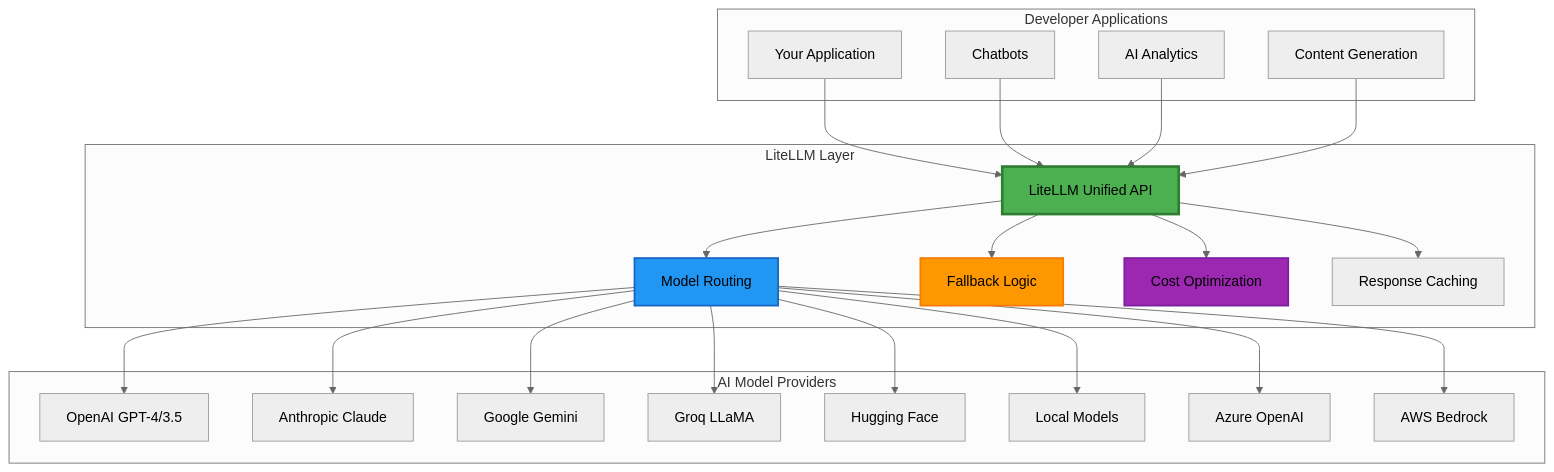
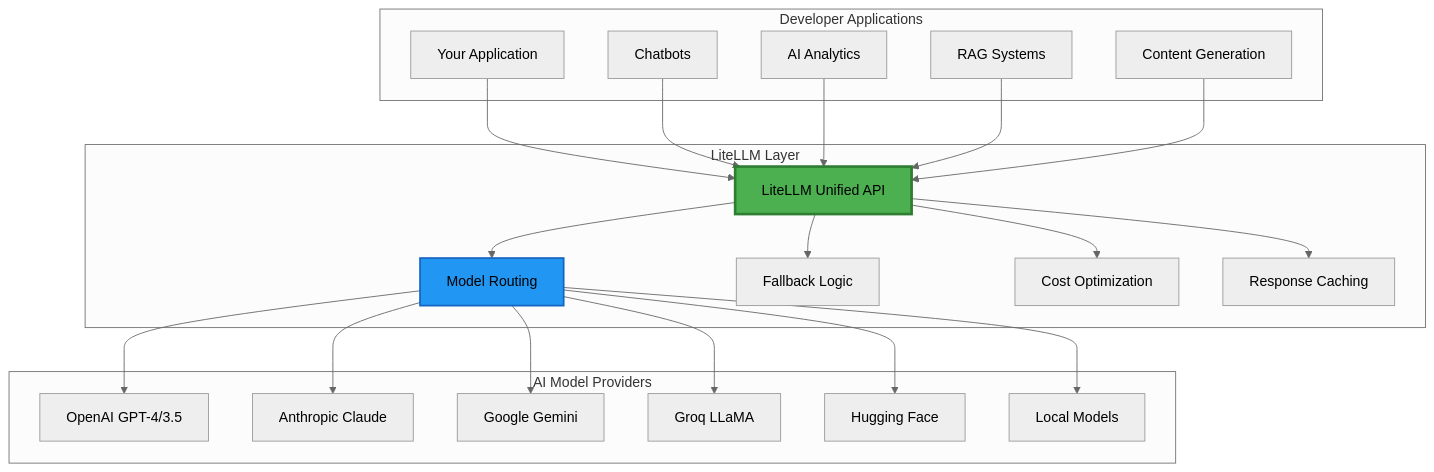
The first of 8 diagrams in README.MD (dhruvsh1997/LiteLLM-Experiments), drawn with Mermaid (neutral theme) before and after one commit. The commit also changed other lines of this file, not shown here.

````diff
--- a/README.MD
+++ b/README.MD
@@ -47,52 +47,48 @@
 ```mermaid
 graph TB
     subgraph "Developer Applications"
         A[Your Application]
         B[Chatbots]
         C[AI Analytics]
-        D[Content Generation]
+        D[RAG Systems]
+        E[Content Generation]
     end
     
     subgraph "LiteLLM Layer"
-        E[LiteLLM Unified API]
-        F[Model Routing]
-        G[Fallback Logic]
-        H[Cost Optimization]
-        I[Response Caching]
+        F[LiteLLM Unified API]
+        G[Model Routing]
+        H[Fallback Logic]
+        I[Cost Optimization]
+        J[Response Caching]
     end
     
     subgraph "AI Model Providers"
-        J[OpenAI GPT-4/3.5]
-        K[Anthropic Claude]
-        L[Google Gemini]
-        M[Groq LLaMA]
-        N[Hugging Face]
-        O[Local Models]
-        P[Azure OpenAI]
-        Q[AWS Bedrock]
+        K[OpenAI GPT-4/3.5]
+        L[Anthropic Claude]
+        M[Google Gemini]
+        N[Groq LLaMA]
+        O[Hugging Face]
+        P[Local Models]
     end
     
-    A --> E
-    B --> E
-    C --> E
-    D --> E
+    A --> F
+    B --> F
+    C --> F
+    D --> F
+    E --> F
     
-    E --> F
-    E --> G
-    E --> H
-    E --> I
+    F --> G
+    F --> H
+    F --> I
+    F --> J
     
-    F --> J
-    F --> K
-    F --> L
-    F --> M
-    F --> N
-    F --> O
-    F --> P
-    F --> Q
+    G --> K
+    G --> L
+    G --> M
+    G --> N
+    G --> O
+    G --> P
     
-    style E fill:#4CAF50,stroke:#2E7D32,stroke-width:3px
-    style F fill:#2196F3,stroke:#1565C0,stroke-width:2px
-    style G fill:#FF9800,stroke:#F57C00,stroke-width:2px
-    style H fill:#9C27B0,stroke:#7B1FA2,stroke-width:2px
+    style F fill:#4CAF50,stroke:#2E7D32,stroke-width:3px
+    style G fill:#2196F3,stroke:#1565C0,stroke-width:2px
 ```
````
